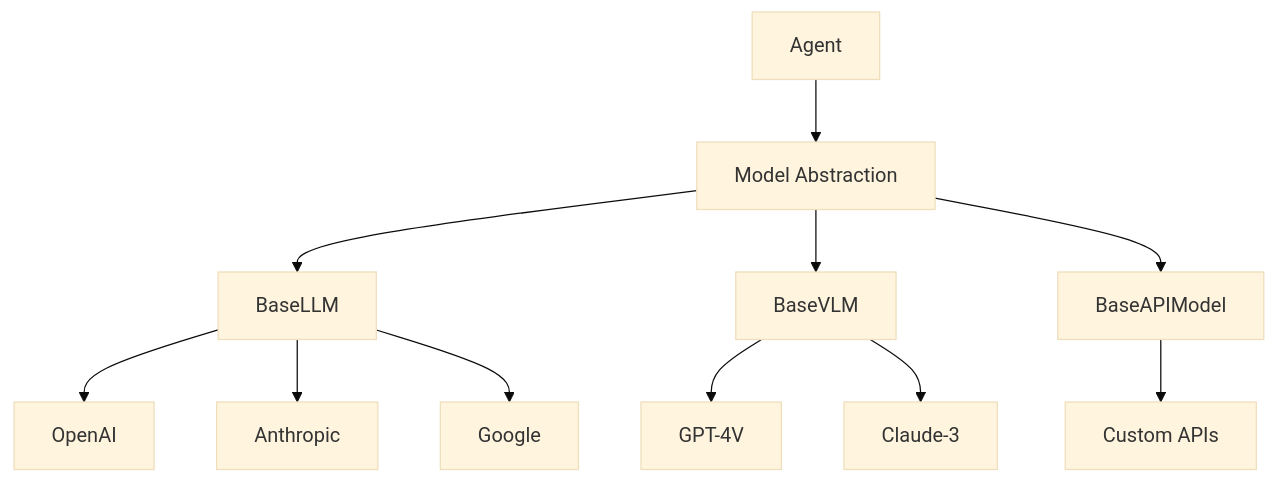
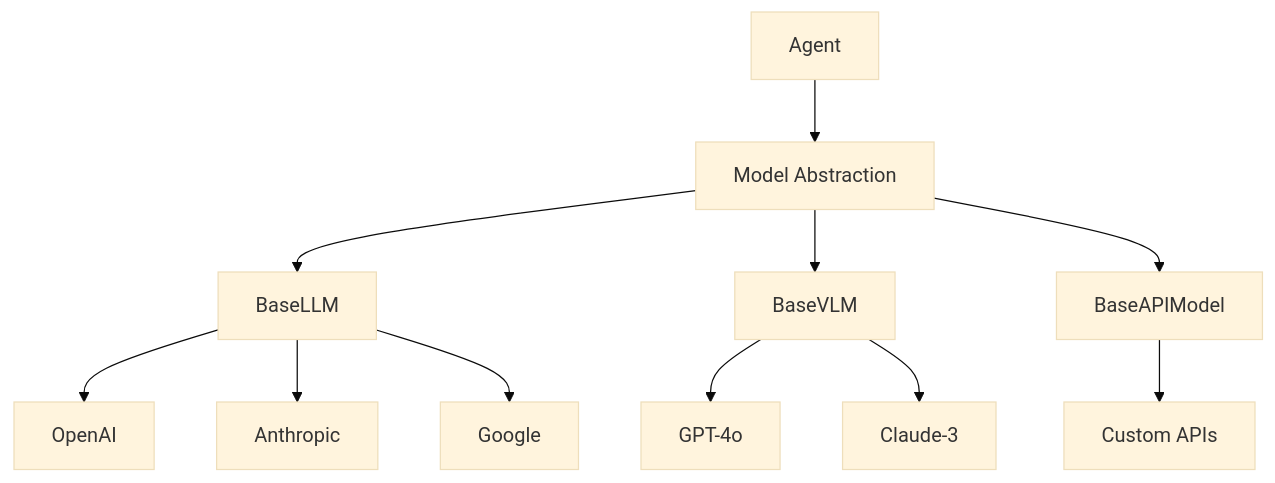
The diagram in docs/concepts/models.md (rezaho/MARSYS), drawn with Mermaid (base theme) before and after one commit. The commit also changed other lines of this file and 31 other files, not shown here.

````diff
--- a/docs/concepts/models.md
+++ b/docs/concepts/models.md
@@ -7,16 +7,16 @@
 ```mermaid
 graph TD
     A[Agent] --> B[Model Abstraction]
     B --> C[BaseLLM]
     B --> D[BaseVLM]
     B --> E[BaseAPIModel]
     
     C --> F[OpenAI]
     C --> G[Anthropic]
     C --> H[Google]
     
-    D --> I[GPT-4V]
+    D --> I[GPT-4o]
     D --> J[Claude-3]
     
     E --> K[Custom APIs]
 ```
````
